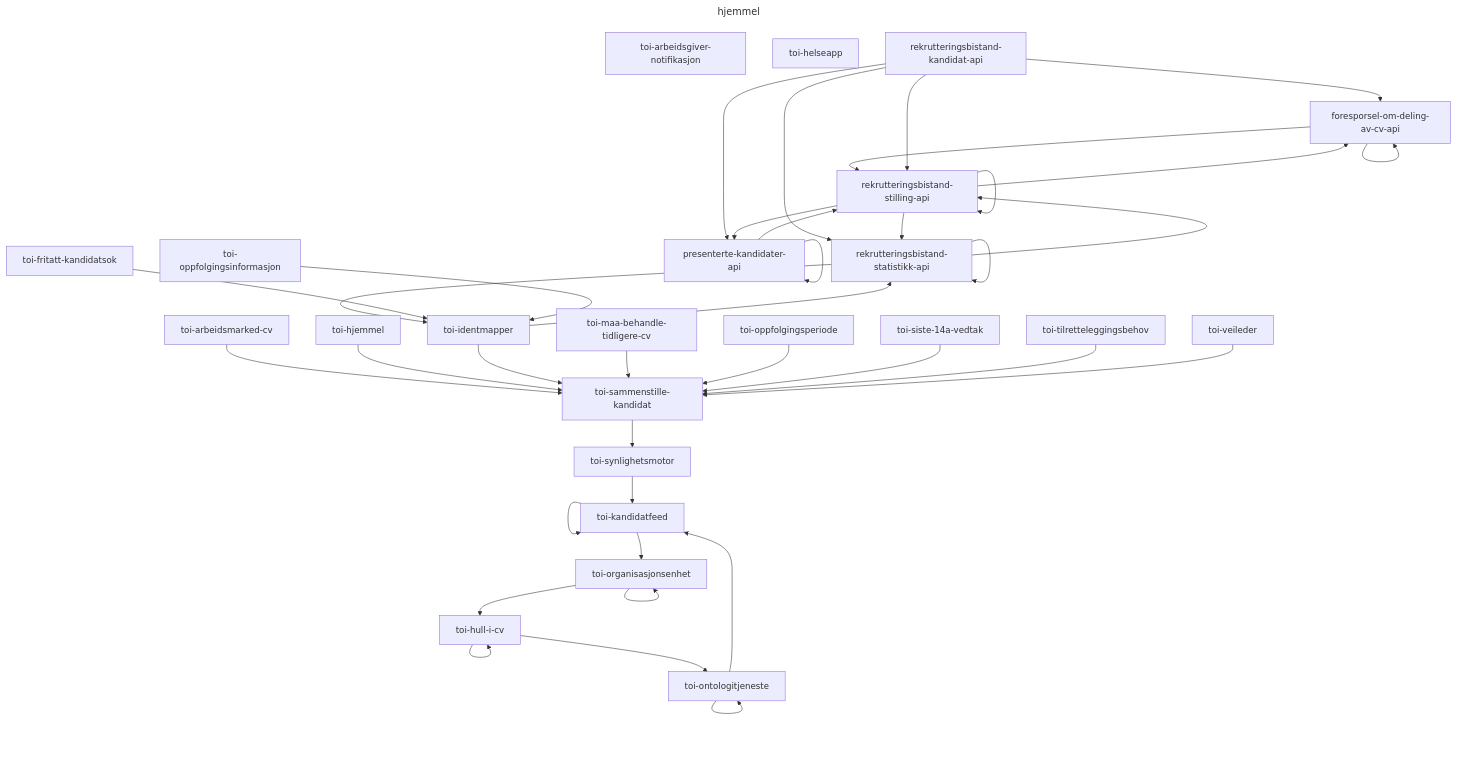
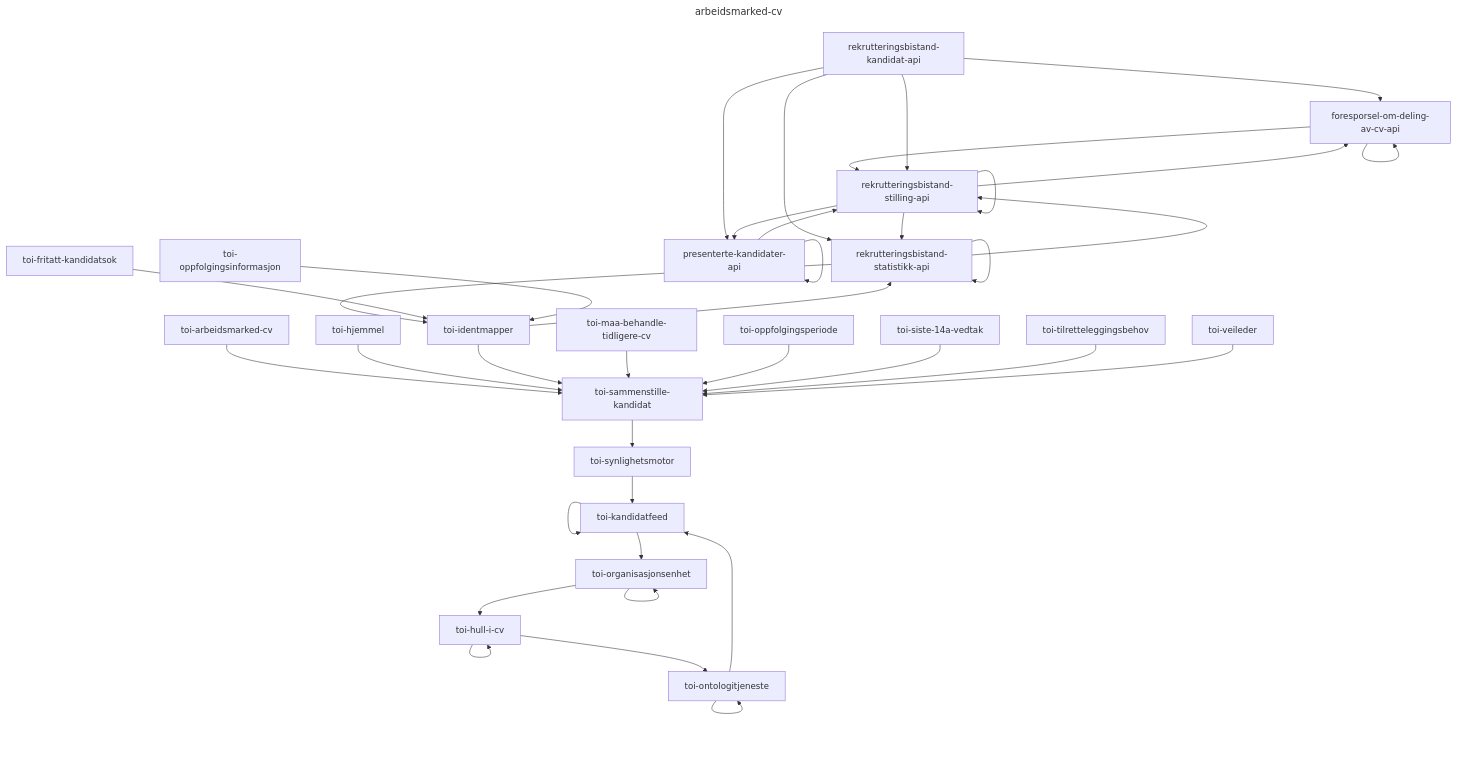
The third of 34 diagrams in README.md (navikt/toi-rapids-and-rivers-grapher), drawn with Mermaid before and after one commit. The commit also changed other lines of this file, not shown here.

````diff
--- a/README.md
+++ b/README.md
@@ -102,46 +89,44 @@
 ```mermaid
 ---
-title: hjemmel
+title: arbeidsmarked-cv
 ---
 graph TD;
-toi-arbeidsgiver-notifikasjon;
-toi-helseapp;
 foresporsel-om-deling-av-cv-api --> foresporsel-om-deling-av-cv-api;
 foresporsel-om-deling-av-cv-api --> rekrutteringsbistand-stilling-api;
 presenterte-kandidater-api --> presenterte-kandidater-api;
 presenterte-kandidater-api --> rekrutteringsbistand-stilling-api;
 rekrutteringsbistand-kandidat-api --> foresporsel-om-deling-av-cv-api;
 rekrutteringsbistand-kandidat-api --> presenterte-kandidater-api;
 rekrutteringsbistand-kandidat-api --> rekrutteringsbistand-statistikk-api;
 rekrutteringsbistand-kandidat-api --> rekrutteringsbistand-stilling-api;
 rekrutteringsbistand-statistikk-api --> rekrutteringsbistand-statistikk-api;
 rekrutteringsbistand-statistikk-api --> rekrutteringsbistand-stilling-api;
 rekrutteringsbistand-statistikk-api --> toi-identmapper;
 rekrutteringsbistand-stilling-api --> foresporsel-om-deling-av-cv-api;
 rekrutteringsbistand-stilling-api --> presenterte-kandidater-api;
 rekrutteringsbistand-stilling-api --> rekrutteringsbistand-statistikk-api;
 rekrutteringsbistand-stilling-api --> rekrutteringsbistand-stilling-api;
 toi-arbeidsmarked-cv --> toi-sammenstille-kandidat;
 toi-fritatt-kandidatsok --> toi-identmapper;
 toi-hjemmel --> toi-sammenstille-kandidat;
 toi-hull-i-cv --> toi-hull-i-cv;
 toi-hull-i-cv --> toi-ontologitjeneste;
 toi-identmapper --> rekrutteringsbistand-statistikk-api;
 toi-identmapper --> toi-sammenstille-kandidat;
 toi-kandidatfeed --> toi-kandidatfeed;
 toi-kandidatfeed --> toi-organisasjonsenhet;
 toi-maa-behandle-tidligere-cv --> toi-sammenstille-kandidat;
 toi-ontologitjeneste --> toi-kandidatfeed;
 toi-ontologitjeneste --> toi-ontologitjeneste;
 toi-oppfolgingsinformasjon --> toi-identmapper;
 toi-oppfolgingsperiode --> toi-sammenstille-kandidat;
 toi-organisasjonsenhet --> toi-hull-i-cv;
 toi-organisasjonsenhet --> toi-organisasjonsenhet;
 toi-sammenstille-kandidat --> toi-synlighetsmotor;
 toi-siste-14a-vedtak --> toi-sammenstille-kandidat;
 toi-synlighetsmotor --> toi-kandidatfeed;
 toi-tilretteleggingsbehov --> toi-sammenstille-kandidat;
 toi-veileder --> toi-sammenstille-kandidat;
 
 
 ```
````
